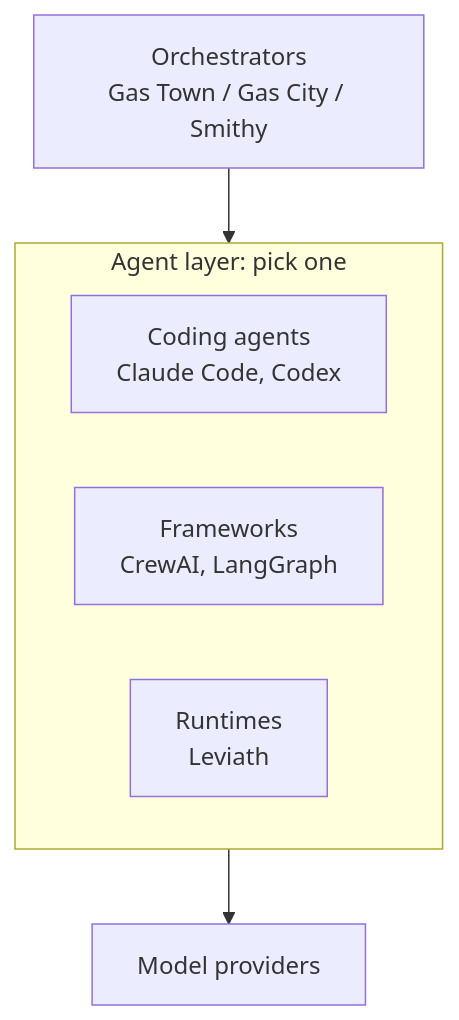
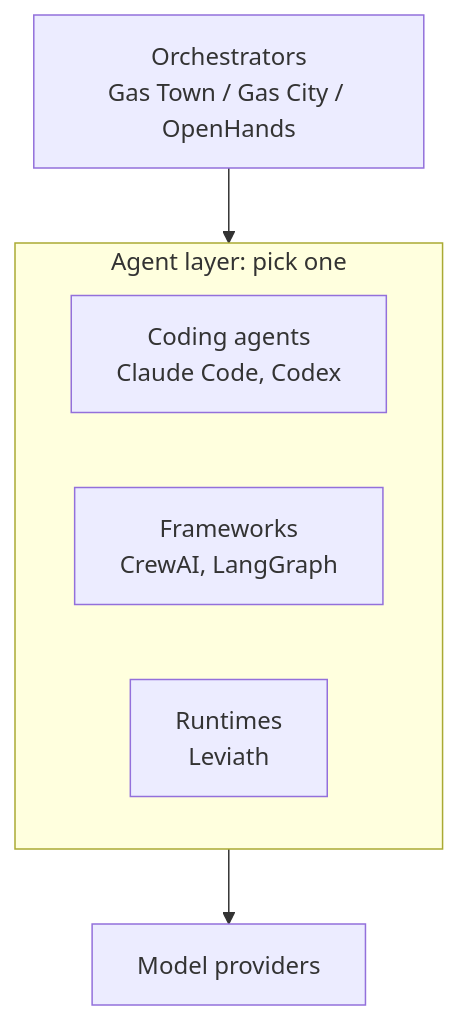
The diagram in docs/content/comparison.md (GEMISIS/leviath), drawn with Mermaid before and after one commit. The commit also changed other lines of this file, not shown here.

````diff
--- a/docs/content/comparison.md
+++ b/docs/content/comparison.md
@@ -24,11 +24,11 @@
 ```mermaid
 flowchart TD
-  ORCH["Orchestrators<br/>Gas Town / Gas City / Smithy"]
+  ORCH["Orchestrators<br/>Gas Town / Gas City / OpenHands"]
   ORCH --> AGENTS["Agent layer"]
   subgraph AGENTS["Agent layer: pick one"]
     CC["Coding agents<br/>Claude Code, Codex"]
     FW["Frameworks<br/>CrewAI, LangGraph"]
     LEV["Runtimes<br/>Leviath"]
   end
   AGENTS --> M["Model providers"]
 ```
````
